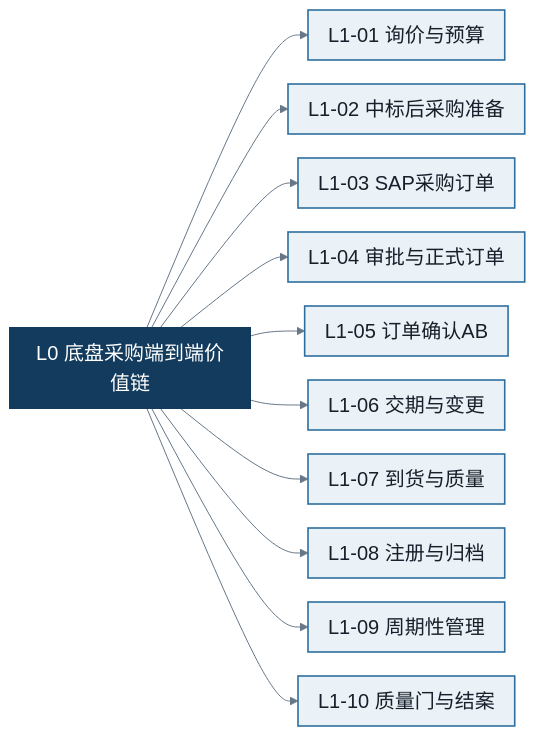
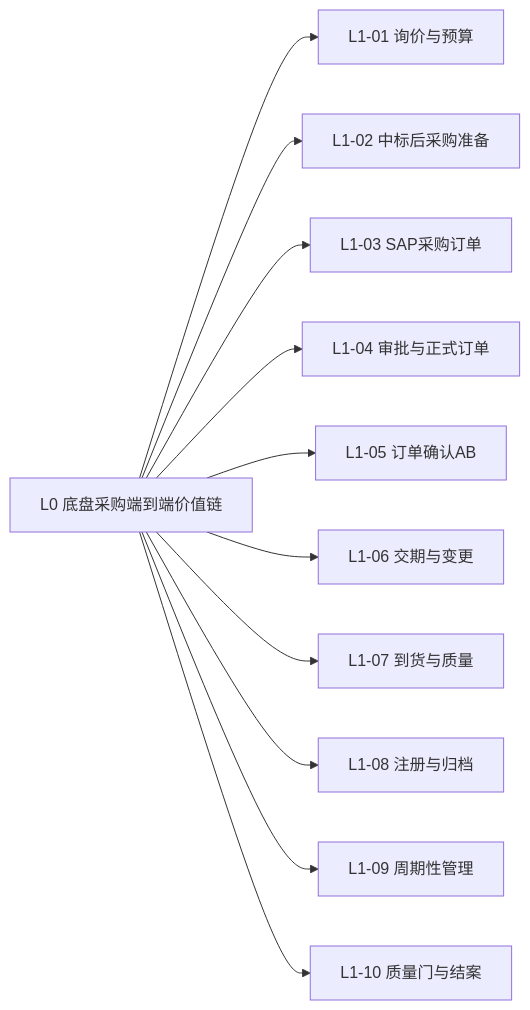
One commit to giengenbw/chassisprocess changed the third of 56 diagrams in README.md. Above: the diagram before and after it, drawn with Mermaid. The commit also changed other lines of this file, not shown here.

````diff
--- a/README.md
+++ b/README.md
@@ -151,18 +147,14 @@
 ```mermaid
-%%{init: {'theme':'base','flowchart':{'curve':'basis','nodeSpacing':24,'rankSpacing':38,'padding':10,'htmlLabels':true,'useMaxWidth':true},'themeVariables':{'fontFamily':'Microsoft YaHei, Noto Sans SC, Arial, sans-serif','fontSize':'20px','primaryColor':'#EAF2F8','primaryTextColor':'#17202A','primaryBorderColor':'#2E6E9E','lineColor':'#667788','secondaryColor':'#FFF4D6','tertiaryColor':'#E8F6F3','edgeLabelBackground':'#FFFFFF'}}}%%
-flowchart LR
+graph LR
     L0["L0 底盘采购端到端价值链"]
     L0 --> A["L1-01 询价与预算"]
     L0 --> B["L1-02 中标后采购准备"]
     L0 --> C["L1-03 SAP采购订单"]
     L0 --> D["L1-04 审批与正式订单"]
     L0 --> E["L1-05 订单确认AB"]
     L0 --> F["L1-06 交期与变更"]
     L0 --> G["L1-07 到货与质量"]
     L0 --> H["L1-08 注册与归档"]
     L0 --> I["L1-09 周期性管理"]
     L0 --> J["L1-10 质量门与结案"]
-    classDef default fill:#EAF2F8,stroke:#2E6E9E,stroke-width:1.6px,color:#17202A,font-size:20px;
-    classDef core fill:#123B5D,stroke:#123B5D,stroke-width:2px,color:#FFFFFF,font-size:20px;
-    class L0 core;
 ```
````
